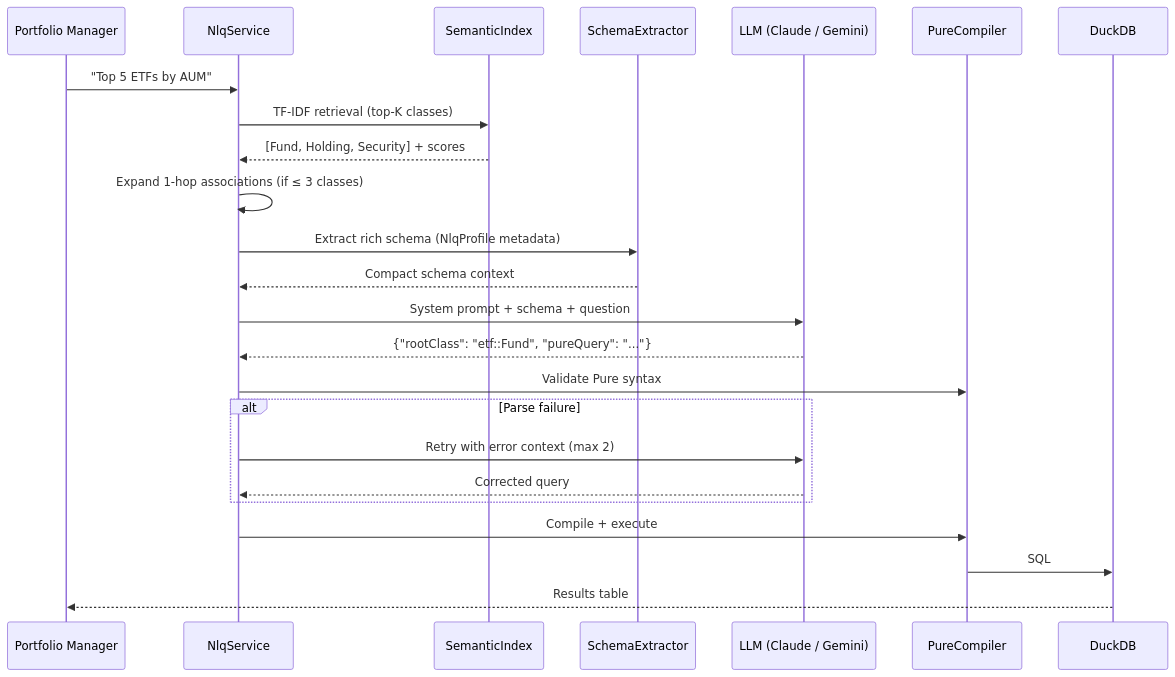
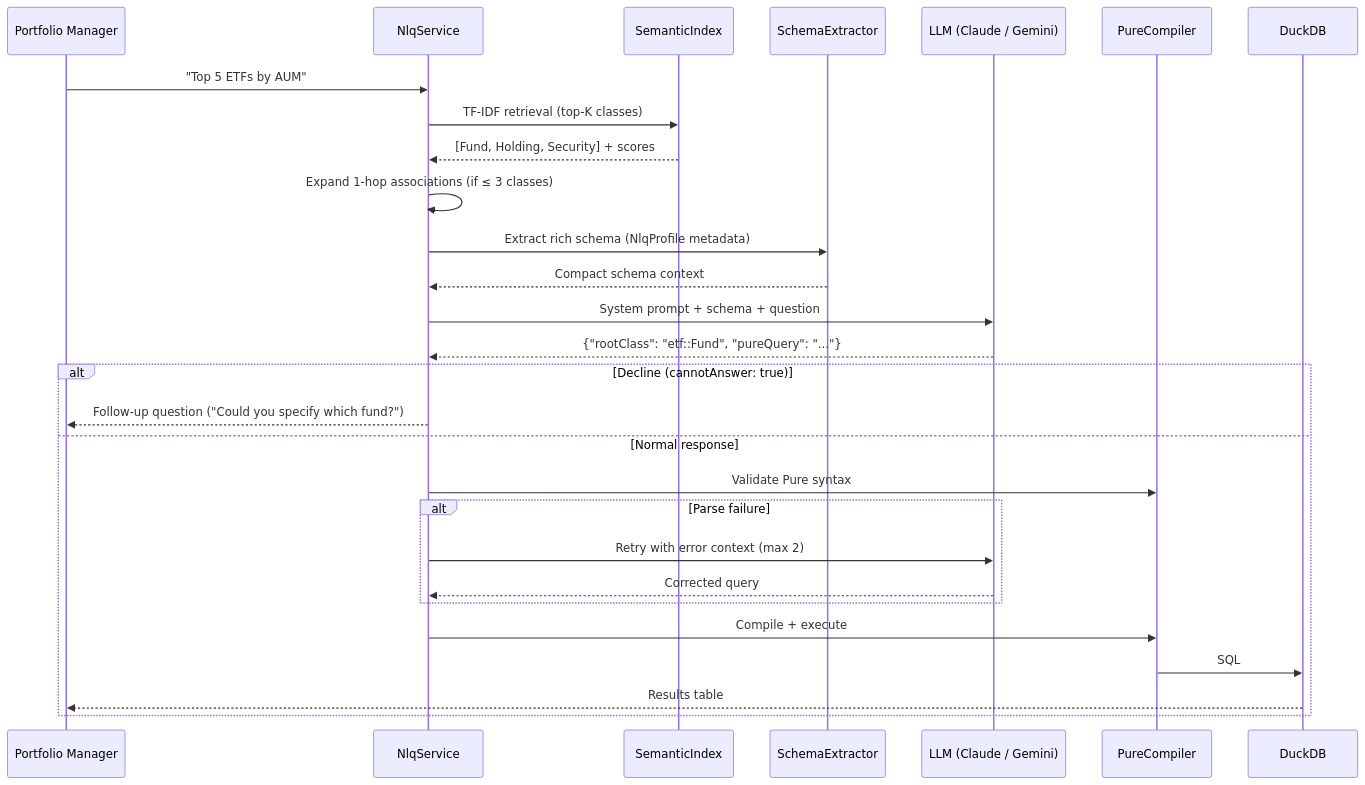
The third of 3 diagrams in README.md (absnarang/legend-intelligence), drawn with Mermaid before and after one commit. The commit also changed other lines of this file, not shown here.

Commit message:
docs(readme): add follow-up metrics and query precision to eval description

````diff
--- a/README.md
+++ b/README.md
@@ -88,27 +89,31 @@
 ```mermaid
 sequenceDiagram
     participant PM as Portfolio Manager
     participant NLQ as NlqService
     participant SI as SemanticIndex
     participant SE as SchemaExtractor
     participant LLM as LLM (Claude / Gemini)
     participant Engine as PureCompiler
     participant DB as DuckDB
 
     PM->>NLQ: "Top 5 ETFs by AUM"
     NLQ->>SI: TF-IDF retrieval (top-K classes)
     SI-->>NLQ: [Fund, Holding, Security] + scores
     NLQ->>NLQ: Expand 1-hop associations (if ≤ 3 classes)
     NLQ->>SE: Extract rich schema (NlqProfile metadata)
     SE-->>NLQ: Compact schema context
     NLQ->>LLM: System prompt + schema + question
     LLM-->>NLQ: {"rootClass": "etf::Fund", "pureQuery": "..."}
-    NLQ->>Engine: Validate Pure syntax
-    alt Parse failure
-        NLQ->>LLM: Retry with error context (max 2)
-        LLM-->>NLQ: Corrected query
+    alt Decline (cannotAnswer: true)
+        NLQ-->>PM: Follow-up question ("Could you specify which fund?")
+    else Normal response
+        NLQ->>Engine: Validate Pure syntax
+        alt Parse failure
+            NLQ->>LLM: Retry with error context (max 2)
+            LLM-->>NLQ: Corrected query
+        end
+        NLQ->>Engine: Compile + execute
+        Engine->>DB: SQL
+        DB-->>PM: Results table
     end
-    NLQ->>Engine: Compile + execute
-    Engine->>DB: SQL
-    DB-->>PM: Results table
 ```
````
